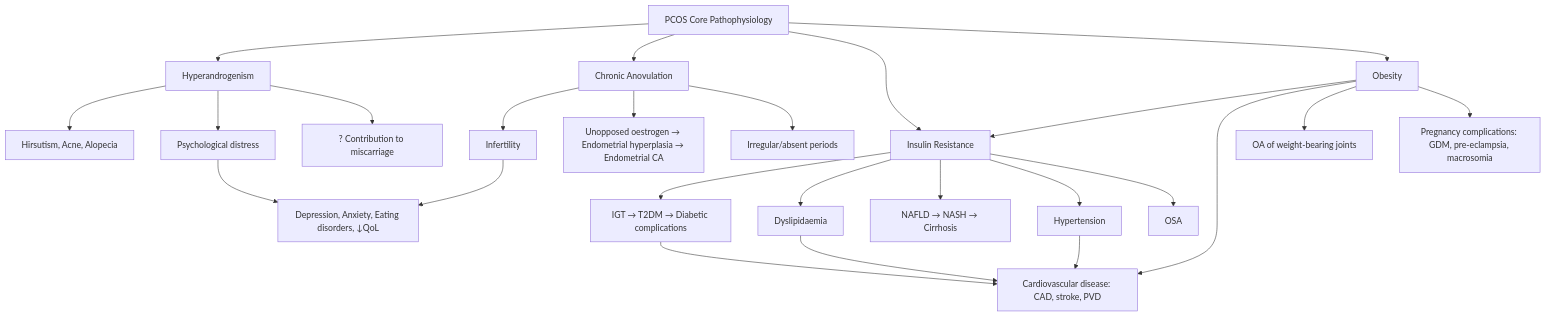
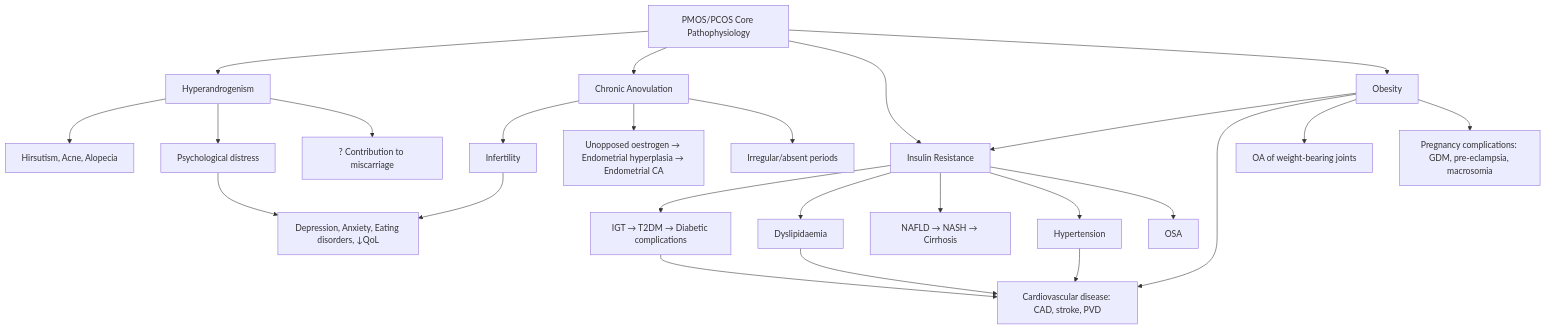
Before and after one commit to techjason/mbbspedia: the diagram in content/fragments/obstetrics-and-gynecology/polycystic-ovarian-syndrome-pcos/complications.mdx, drawn with Mermaid. The commit also changed other lines of this file and 9 other files, not shown here.

````diff
--- a/content/fragments/obstetrics-and-gynecology/polycystic-ovarian-syndrome-pcos/complications.mdx
+++ b/content/fragments/obstetrics-and-gynecology/polycystic-ovarian-syndrome-pcos/complications.mdx
@@ -199,33 +199,33 @@
 ```mermaid
 graph TD
-    A["PCOS Core Pathophysiology"] --> B["Hyperandrogenism"]
+    A["PMOS/PCOS Core Pathophysiology"] --> B["Hyperandrogenism"]
     A --> C["Chronic Anovulation"]
     A --> D["Insulin Resistance"]
     A --> E["Obesity"]
 
     B --> B1["Hirsutism, Acne, Alopecia"]
     B --> B2["Psychological distress"]
     B --> B3["? Contribution to miscarriage"]
 
     C --> C1["Infertility"]
     C --> C2["Unopposed oestrogen → Endometrial hyperplasia → Endometrial CA"]
     C --> C3["Irregular/absent periods"]
 
     D --> D1["IGT → T2DM → Diabetic complications"]
     D --> D2["Dyslipidaemia"]
     D --> D3["NAFLD → NASH → Cirrhosis"]
     D --> D4["Hypertension"]
     D --> D5["OSA"]
 
     E --> D
     E --> E1["Cardiovascular disease: CAD, stroke, PVD"]
     E --> E2["OA of weight-bearing joints"]
     E --> E3["Pregnancy complications: GDM, pre-eclampsia, macrosomia"]
 
     D1 --> E1
     D2 --> E1
     D4 --> E1
 
     B2 --> F["Depression, Anxiety, Eating disorders, ↓QoL"]
     C1 --> F
 ```
````
